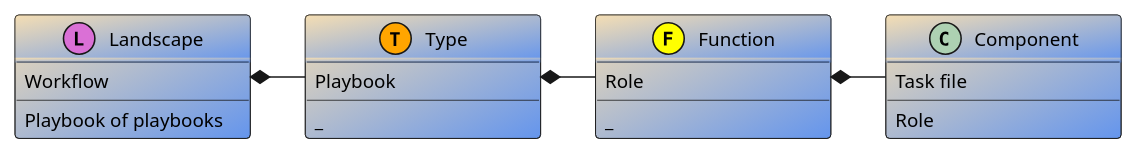
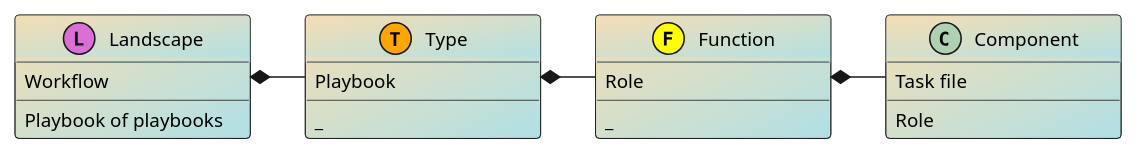
Before and after one commit to redhat-cop/automation-good-practices: the diagram in structures/ansible_structures.plantuml, drawn with PlantUML. The commit also changed 3 other files, not shown here.

```diff
--- a/structures/ansible_structures.plantuml
+++ b/structures/ansible_structures.plantuml
@@ -1,27 +1,27 @@
 @startuml
 Landscape *- Type
 Type *- Function
 Function *- Component
 class Landscape << (L,orchid) >> {
 	{field} Workflow
 	{method} Playbook of playbooks
 }
 class Type << (T,orange) >> {
 	Playbook
 	{method} _
 }
 class Function << (F,yellow) >> {
 	Role
 	{method} _
 }
 class Component {
 	{field} Task file
 	{method} Role
 }
 hide empty members
 scale 750 width
-skinparam classBackgroundColor Wheat/CornflowerBlue
+skinparam classBackgroundColor Wheat/PowderBlue
 skinparam minClassWidth 150
 skinparam classFontSize 16
 skinparam defaultFontSize 12
 @enduml
```
